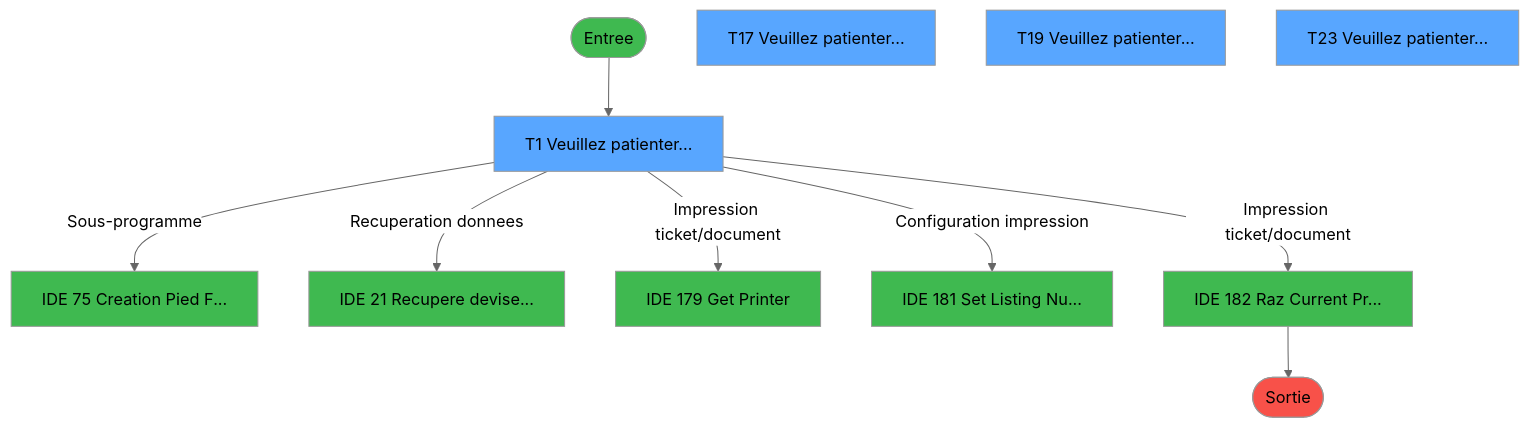
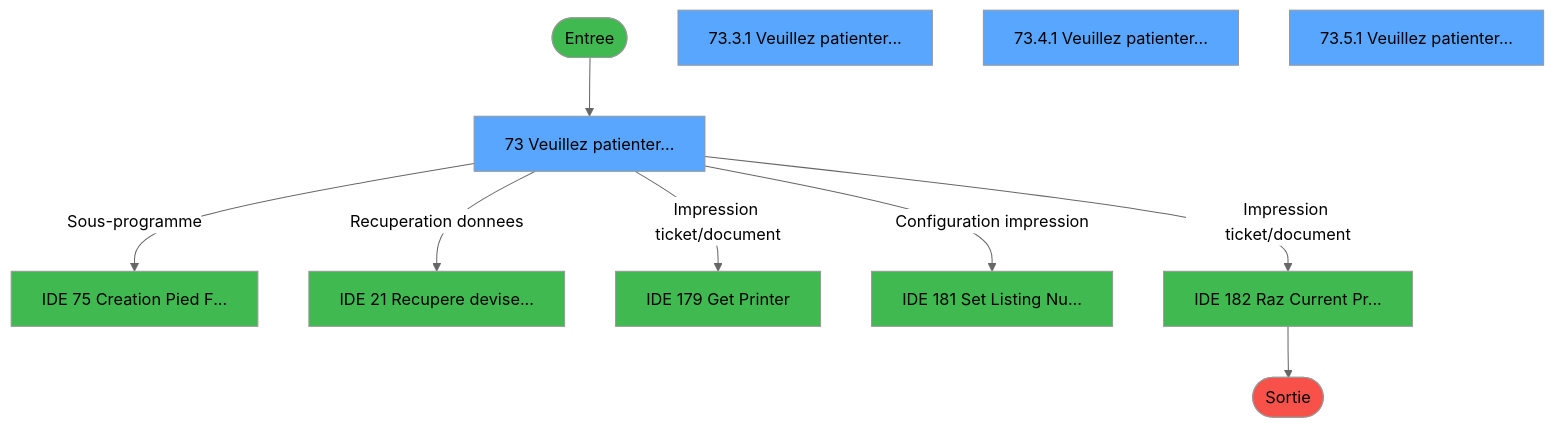
The first of 4 diagrams in .openspec/specs/ADH-IDE-73.md (thonyAGP/lecteur-magic), drawn with Mermaid (neutral theme) before and after one commit. The commit also changed other lines of this file and 493 other files, not shown here.

````diff
--- a/.openspec/specs/ADH-IDE-73.md
+++ b/.openspec/specs/ADH-IDE-73.md
@@ -592,32 +656,32 @@
 ```mermaid
 flowchart TD
     START([Entree])
     style START fill:#3fb950
-    VF1[T1 Veuillez patienter...]
+    VF1[73 Veuillez patienter...]
     style VF1 fill:#58a6ff
-    VF17[T17 Veuillez patienter...]
+    VF17[73.3.1 Veuillez patienter...]
     style VF17 fill:#58a6ff
-    VF19[T19 Veuillez patienter...]
+    VF19[73.4.1 Veuillez patienter...]
     style VF19 fill:#58a6ff
-    VF23[T23 Veuillez patienter...]
+    VF23[73.5.1 Veuillez patienter...]
     style VF23 fill:#58a6ff
     EXT75[IDE 75 Creation Pied F...]
     style EXT75 fill:#3fb950
     EXT21[IDE 21 Recupere devise...]
     style EXT21 fill:#3fb950
     EXT179[IDE 179 Get Printer]
     style EXT179 fill:#3fb950
     EXT181[IDE 181 Set Listing Nu...]
     style EXT181 fill:#3fb950
     EXT182[IDE 182 Raz Current Pr...]
     style EXT182 fill:#3fb950
     FIN([Sortie])
     style FIN fill:#f85149
     START --> VF1
     VF1 -->|Sous-programme| EXT75
     VF1 -->|Recuperation donnees| EXT21
     VF1 -->|Impression ticket/document| EXT179
     VF1 -->|Configuration impression| EXT181
     VF1 -->|Impression ticket/document| EXT182
     EXT182 --> FIN
 ```
````
